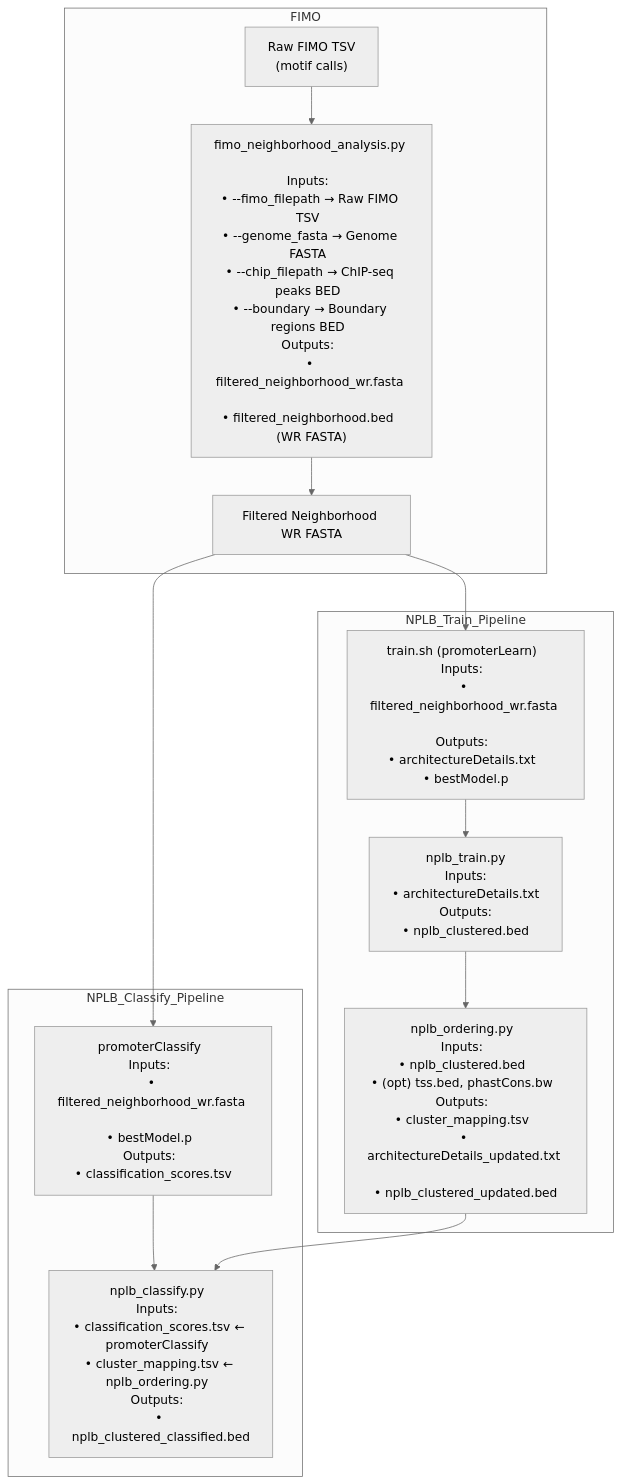
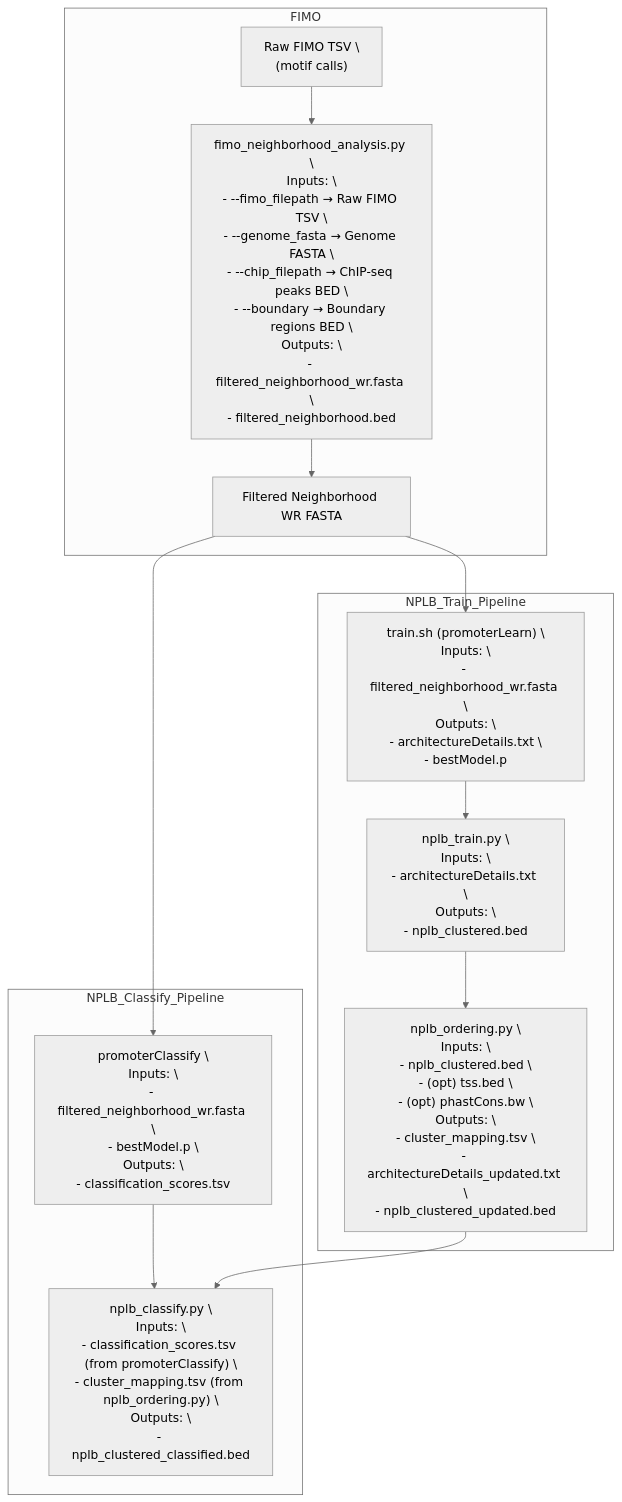
Before and after one commit to samarthherur/ctcf_sequence: the second of 2 diagrams in README.md, drawn with Mermaid (neutral theme).

````diff
--- a/README.md
+++ b/README.md
@@ -28,55 +28,55 @@
 ```mermaid
 flowchart TD
   subgraph FIMO
-    A["Raw FIMO TSV  
-(motif calls)"] --> B["fimo_neighborhood_analysis.py  
-Inputs:  
-• --fimo_filepath → Raw FIMO TSV  
-• --genome_fasta → Genome FASTA  
-• --chip_filepath → ChIP-seq peaks BED  
-• --boundary → Boundary regions BED  
-Outputs:  
-• filtered_neighborhood_wr.fasta  
-• filtered_neighborhood.bed  
-(WR FASTA)"] 
+    A["Raw FIMO TSV \
+(motif calls)"] --> B["fimo_neighborhood_analysis.py \
+Inputs: \
+- --fimo_filepath → Raw FIMO TSV \
+- --genome_fasta → Genome FASTA \
+- --chip_filepath → ChIP-seq peaks BED \
+- --boundary → Boundary regions BED \
+Outputs: \
+- filtered_neighborhood_wr.fasta \
+- filtered_neighborhood.bed"]
     B --> C["Filtered Neighborhood WR FASTA"]
   end
 
   subgraph NPLB_Train_Pipeline
-    C --> D["train.sh (promoterLearn)  
-Inputs:  
-• filtered_neighborhood_wr.fasta  
-Outputs:  
-• architectureDetails.txt  
-• bestModel.p"] 
-    D --> E["nplb_train.py  
-Inputs:  
-• architectureDetails.txt  
-Outputs:  
-• nplb_clustered.bed"] 
-    E --> F["nplb_ordering.py  
-Inputs:  
-• nplb_clustered.bed  
-• (opt) tss.bed, phastCons.bw  
-Outputs:  
-• cluster_mapping.tsv  
-• architectureDetails_updated.txt  
-• nplb_clustered_updated.bed"] 
+    C --> D["train.sh (promoterLearn) \
+Inputs: \
+- filtered_neighborhood_wr.fasta \
+Outputs: \
+- architectureDetails.txt \
+- bestModel.p"]
+    D --> E["nplb_train.py \
+Inputs: \
+- architectureDetails.txt \
+Outputs: \
+- nplb_clustered.bed"]
+    E --> F["nplb_ordering.py \
+Inputs: \
+- nplb_clustered.bed \
+- (opt) tss.bed \
+- (opt) phastCons.bw \
+Outputs: \
+- cluster_mapping.tsv \
+- architectureDetails_updated.txt \
+- nplb_clustered_updated.bed"]
   end
 
   subgraph NPLB_Classify_Pipeline
-    C --> H["promoterClassify  
-Inputs:  
-• filtered_neighborhood_wr.fasta  
-• bestModel.p  
-Outputs:  
-• classification_scores.tsv"] 
-    H --> G["nplb_classify.py  
-Inputs:  
-• classification_scores.tsv ← promoterClassify  
-• cluster_mapping.tsv ← nplb_ordering.py  
-Outputs:  
-• nplb_clustered_classified.bed"] 
+    C --> H["promoterClassify \
+Inputs: \
+- filtered_neighborhood_wr.fasta \
+- bestModel.p \
+Outputs: \
+- classification_scores.tsv"]
+    H --> G["nplb_classify.py \
+Inputs: \
+- classification_scores.tsv (from promoterClassify) \
+- cluster_mapping.tsv (from nplb_ordering.py) \
+Outputs: \
+- nplb_clustered_classified.bed"]
     F --> G
   end
 ```
````
